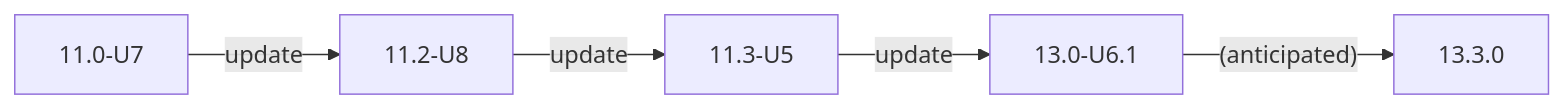
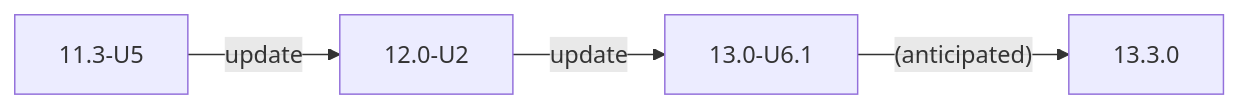
Before and after one commit to truenas/documentation: the first of 2 diagrams in static/includes/COREUpgradePaths.md, drawn with Mermaid. The commit also changed other lines of this file, not shown here.

```diff
--- a/static/includes/COREUpgradePaths.md
+++ b/static/includes/COREUpgradePaths.md
@@ -12,7 +12,6 @@
       {{< mermaid class="mermaid_sizing" >}}
       flowchart LR
-      A["11.0-U7"] -->|update| B["11.2-U8"]
-      B -->|update| C["11.3-U5"]
-      C -->|update| D["13.0-U6.1"]
-      D -->|"(anticipated)"| E["13.3.0"]
+      A["11.3-U5"] -->|update| B["12.0-U2"]
+      B -->|update| C["13.0-U6.1"]
+      C -->|"(anticipated)"| D["13.3.0"]
       {{< /mermaid >}}
```
